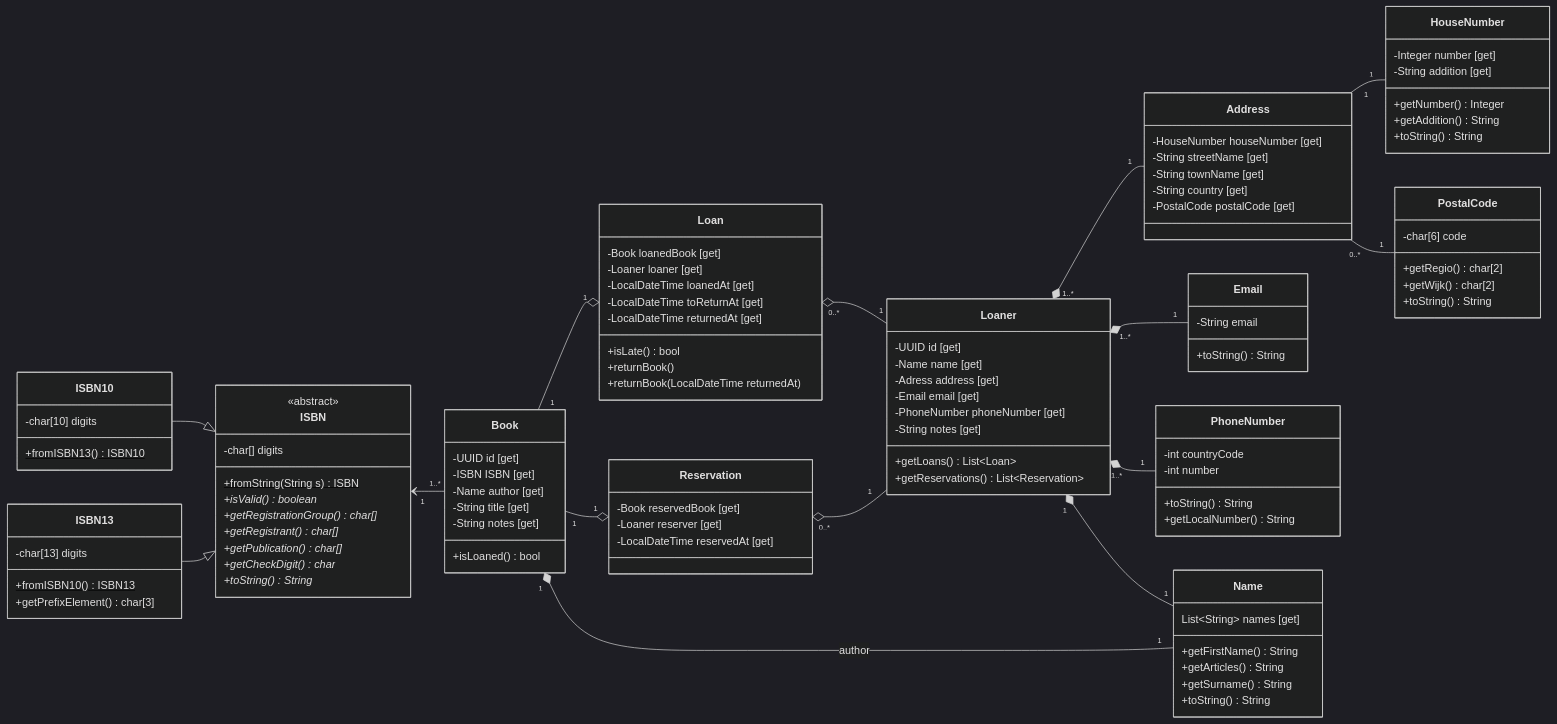
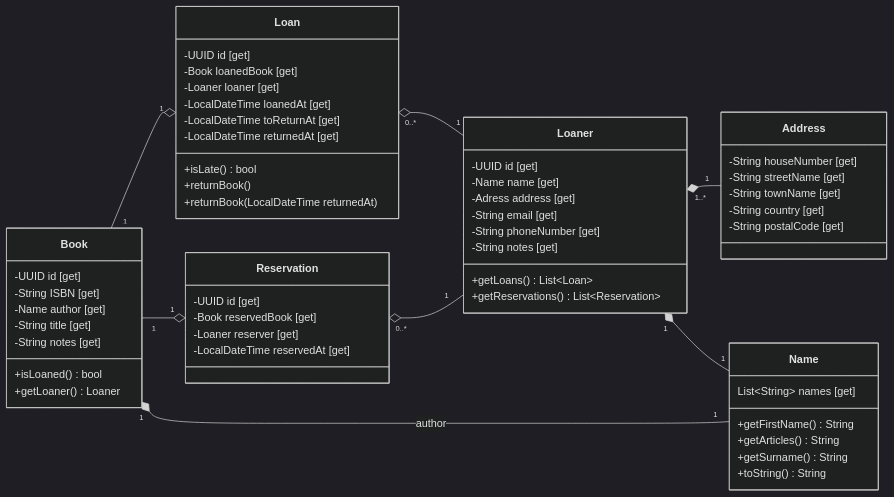
The diagram in boekmanager-backend/documentation/classdiagram.md (Lelebees/ipass-2024), drawn with Mermaid (dark theme) before and after one commit. The commit also changed other lines of this file, not shown here.

Commit message:
Domain simplification

```diff
--- a/boekmanager-backend/documentation/classdiagram.md
+++ b/boekmanager-backend/documentation/classdiagram.md
@@ -3,39 +3,41 @@
     direction LR
     class Book {
         -UUID id [get]
-        -ISBN ISBN [get]
+        -String ISBN [get]
         -Name author [get]
         -String title [get]
         -String notes [get]
         +isLoaned() bool
+        +getLoaner() Loaner
     }
     Book "1" --o "1" Loan
-    ISBN "1" <-- "1..*" Book
-    class ISBN {
-        <<abstract>>
-        -char[] digits
-        +fromString(String s)$ ISBN
-        +isValid()* boolean
-        +getRegistrationGroup()* char[]
-        +getRegistrant()* char[]
-        +getPublication()* char[]
-        +getCheckDigit()* char
-        +toString()* String
-    }
-    
-    class ISBN10 {
-        -char[10] digits
-        +fromISBN13()$ ISBN10
-    }
-    ISBN10 --|> ISBN
-    class ISBN13 {
-        -char[13] digits
-        +fromISBN10()$ ISBN13
-        +getPrefixElement() char[3]
-    }
-    ISBN13 --|> ISBN
+%%    ISBN "1" --* "1..*" Book
+%%    class ISBN {
+%%        <<abstract>>
+%%        -char[] digits
+%%        +fromString(String s)$ ISBN
+%%        +isValid()* boolean
+%%        +getRegistrationGroup()* char[]
+%%        +getRegistrant()* char[]
+%%        +getPublication()* char[]
+%%        +getCheckDigit()* char
+%%        +toString()* String
+%%    }
+%%    
+%%    class ISBN10 {
+%%        -char[10] digits
+%%        +fromISBN13()$ ISBN10
+%%    }
+%%    ISBN10 --|> ISBN
+%%    class ISBN13 {
+%%        -char[13] digits
+%%        +fromISBN10()$ ISBN13
+%%        +getPrefixElement() char[3]
+%%    }
+%%    ISBN13 --|> ISBN
     Loan "0..*" o-- "1" Loaner
     class Loan {
+        -UUID id [get]
         -Book loanedBook [get]
         -Loaner loaner [get]
         -LocalDateTime loanedAt [get]
@@ -48,6 +50,7 @@
     Book "1" --o "1" Reservation
     Reservation "0..*" o-- "1" Loaner
     class Reservation {
+        -UUID id [get]
         -Book reservedBook [get]
         -Loaner reserver [get]
         -LocalDateTime reservedAt [get]
@@ -56,47 +59,47 @@
         -UUID id [get]
         -Name name [get]
         -Adress address [get]
-        -Email email [get]
-        -PhoneNumber phoneNumber [get]
+        -String email [get]
+        -String phoneNumber [get]
         -String notes [get]
         +getLoans() List~Loan~
         +getReservations() List~Reservation~
     }
     Loaner "1..*" *-- "1" Address
     class Address {
-        -HouseNumber houseNumber [get]
+        -String houseNumber [get]
         -String streetName [get]
         -String townName [get]
         -String country [get]
-        -PostalCode postalCode [get]
+        -String postalCode [get]
     }
-    class Email {
-        -String email
-        +toString() String
-    }
-    Loaner "1..*" *-- "1" Email
-    class PhoneNumber {
-        -int countryCode
-        -int number
-        +toString() String
-        +getLocalNumber() String
-    }
-    Loaner "1..*" *-- "1" PhoneNumber
-    Address "1" -- "1" HouseNumber
-    class HouseNumber {
-        -Integer number [get]
-        -String addition [get]
-        +getNumber() Integer
-        +getAddition() String
-        +toString() String
-    }
-    Address "0..*" -- "1" PostalCode
-    class PostalCode {
-        -char[6] code
-        +getRegio() char[2]
-        +getWijk() char[2]
-        +toString() String
-    }
+%%    class Email {
+%%        -String email
+%%        +toString() String
+%%    }
+%%    Loaner "1..*" *-- "1" Email
+%%    class PhoneNumber {
+%%        -int countryCode
+%%        -int number
+%%        +toString() String
+%%        +getLocalNumber() String
+%%    }
+%%    Loaner "1..*" *-- "1" PhoneNumber
+%%    Address "1" *-- "1" HouseNumber
+%%    class HouseNumber {
+%%        -Integer number [get]
+%%        -String addition [get]
+%%        +getNumber() Integer
+%%        +getAddition() String
+%%        +toString() String
+%%    }
+%%    Address "0..*" *-- "1" PostalCode
+%%    class PostalCode {
+%%        -char[6] code
+%%        +getRegio() char[2]
+%%        +getWijk() char[2]
+%%        +toString() String
+%%    }
     class Name {
         List~String~ names [get]
         +getFirstName() String
```
